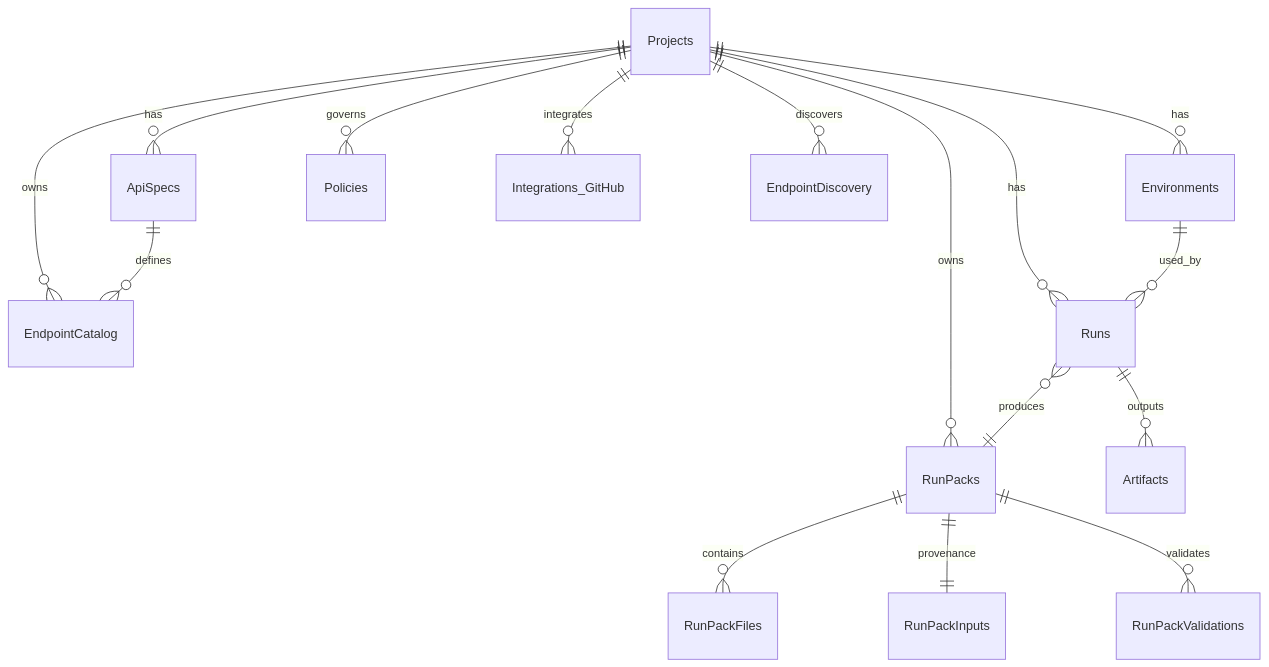
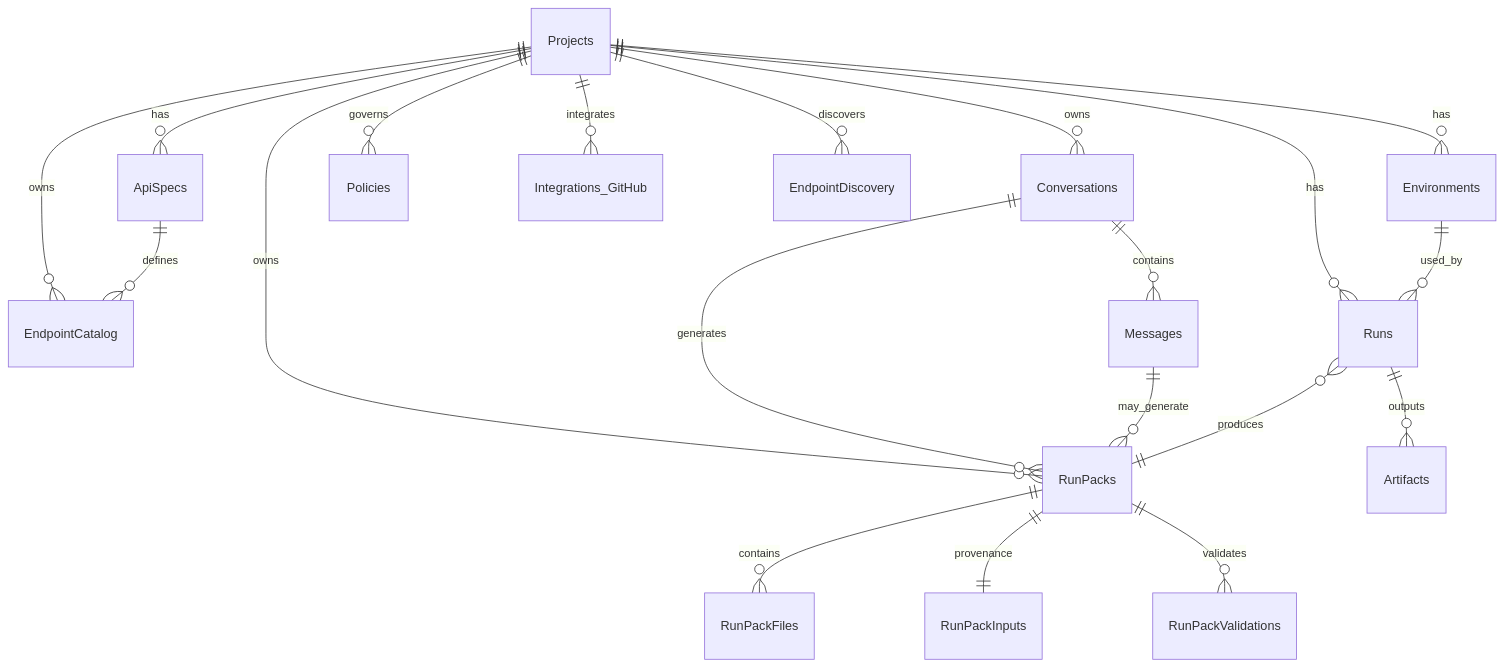
Before and after one commit to hadoan/chapi: the diagram in chapi_db_schema.md, drawn with Mermaid. The commit also changed other lines of this file and 16 other files, not shown here.

````diff
--- a/chapi_db_schema.md
+++ b/chapi_db_schema.md
@@ -230,19 +275,24 @@
 ```mermaid
 erDiagram
   Projects ||--o{ Environments : has
   Projects ||--o{ ApiSpecs : has
   Projects ||--o{ EndpointCatalog : owns
+  Projects ||--o{ Conversations : owns
   Projects ||--o{ RunPacks : owns
   Projects ||--o{ Runs : has
   Projects ||--o{ Policies : governs
   Projects ||--o{ Integrations_GitHub : integrates
   Projects ||--o{ EndpointDiscovery : discovers
+
+  Conversations ||--o{ Messages : contains
+  Conversations ||--o{ RunPacks : generates
+  Messages ||--o{ RunPacks : may_generate
 
   ApiSpecs ||--o{ EndpointCatalog : defines
   Runs }o--|| RunPacks : produces
   RunPacks ||--o{ RunPackFiles : contains
   RunPacks ||--|| RunPackInputs : provenance
   RunPacks ||--o{ RunPackValidations : validates
   Runs ||--o{ Artifacts : outputs
   Environments ||--o{ Runs : used_by
 ```
````
